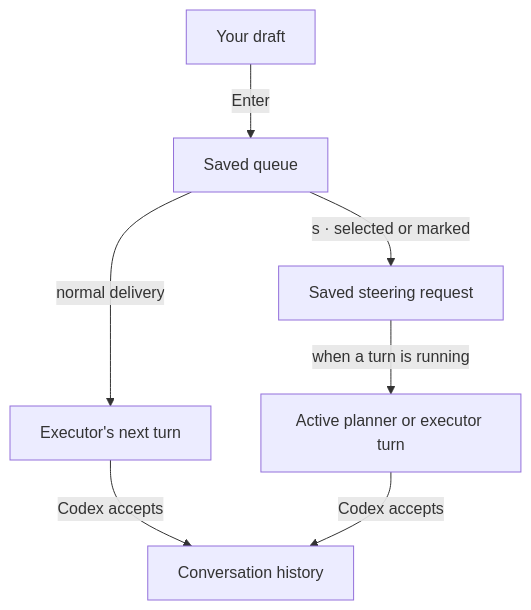
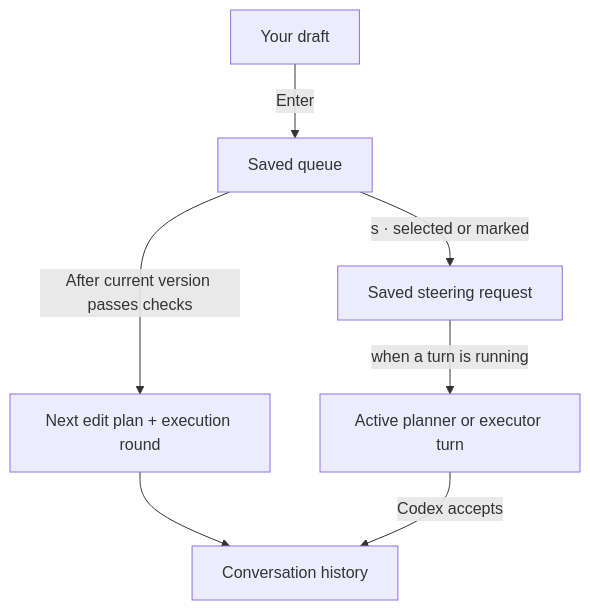
Before and after one commit to minimumeffort-dev/sprowt.harness: the second of 2 diagrams in docs/codemods.md, drawn with Mermaid. The commit also changed other lines of this file and 18 other files, not shown here.

````diff
--- a/docs/codemods.md
+++ b/docs/codemods.md
@@ -53,9 +54,9 @@
 ```mermaid
 flowchart TB
     draft["Your draft"] -->|"Enter"| queue["Saved queue"]
-    queue -->|"normal delivery"| next["Executor's next turn"]
+    queue -->|"After current version passes checks"| next["Next edit plan + execution round"]
     queue -->|"s · selected or marked"| waiting["Saved steering request"]
     waiting -->|"when a turn is running"| active["Active planner or executor turn"]
-    next -->|"Codex accepts"| history["Conversation history"]
+    next --> history["Conversation history"]
     active -->|"Codex accepts"| history
 ```
````
